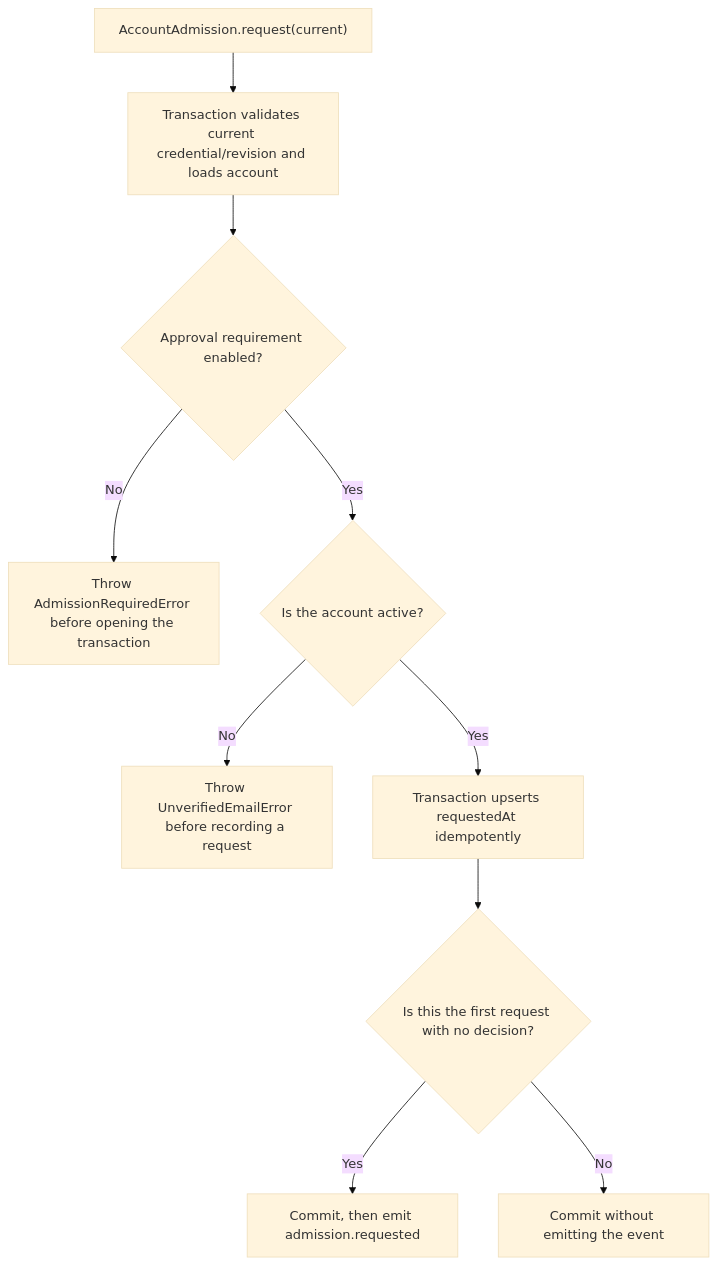
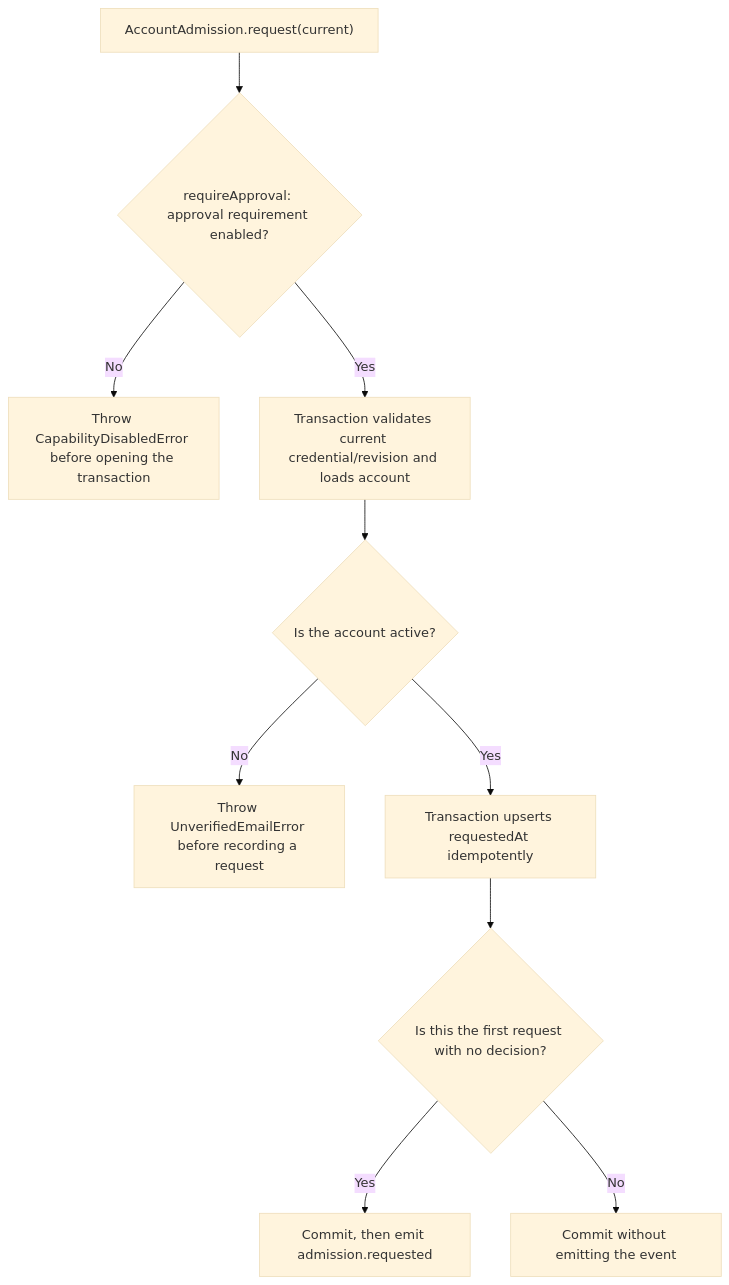
One commit to Kevinjohn/oss-adonisjs-account-kit changed the second of 2 diagrams in user-stories/US-ACCOUNT-24-request-admission.md. Above: the diagram before and after it, drawn with Mermaid (base theme). The commit also changed 4 other files, not shown here.

Commit message:
docs: align admission and setup flow guarantees

````diff
--- a/user-stories/US-ACCOUNT-24-request-admission.md
+++ b/user-stories/US-ACCOUNT-24-request-admission.md
@@ -34,12 +34,12 @@
 ```mermaid
 flowchart TD
- A["AccountAdmission.request(current)"] --> B["Transaction validates current credential/revision and loads account"]
- B --> C{"Approval requirement enabled?"}
- C -->|No| D["Throw AdmissionRequiredError before opening the transaction"]
- C -->|Yes| E{"Is the account active?"}
+ A["AccountAdmission.request(current)"] --> C{"requireApproval: approval requirement enabled?"}
+ C -->|No| D["Throw CapabilityDisabledError before opening the transaction"]
+ C -->|Yes| B["Transaction validates current credential/revision and loads account"]
+ B --> E{"Is the account active?"}
  E -->|No| F["Throw UnverifiedEmailError before recording a request"]
  E -->|Yes| G["Transaction upserts requestedAt idempotently"]
  G --> H{"Is this the first request with no decision?"}
  H -->|Yes| I["Commit, then emit admission.requested"]
  H -->|No| J["Commit without emitting the event"]
 ```
````
